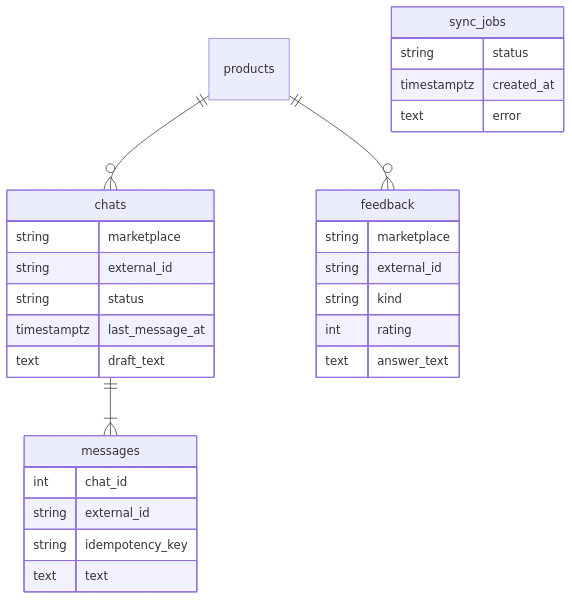
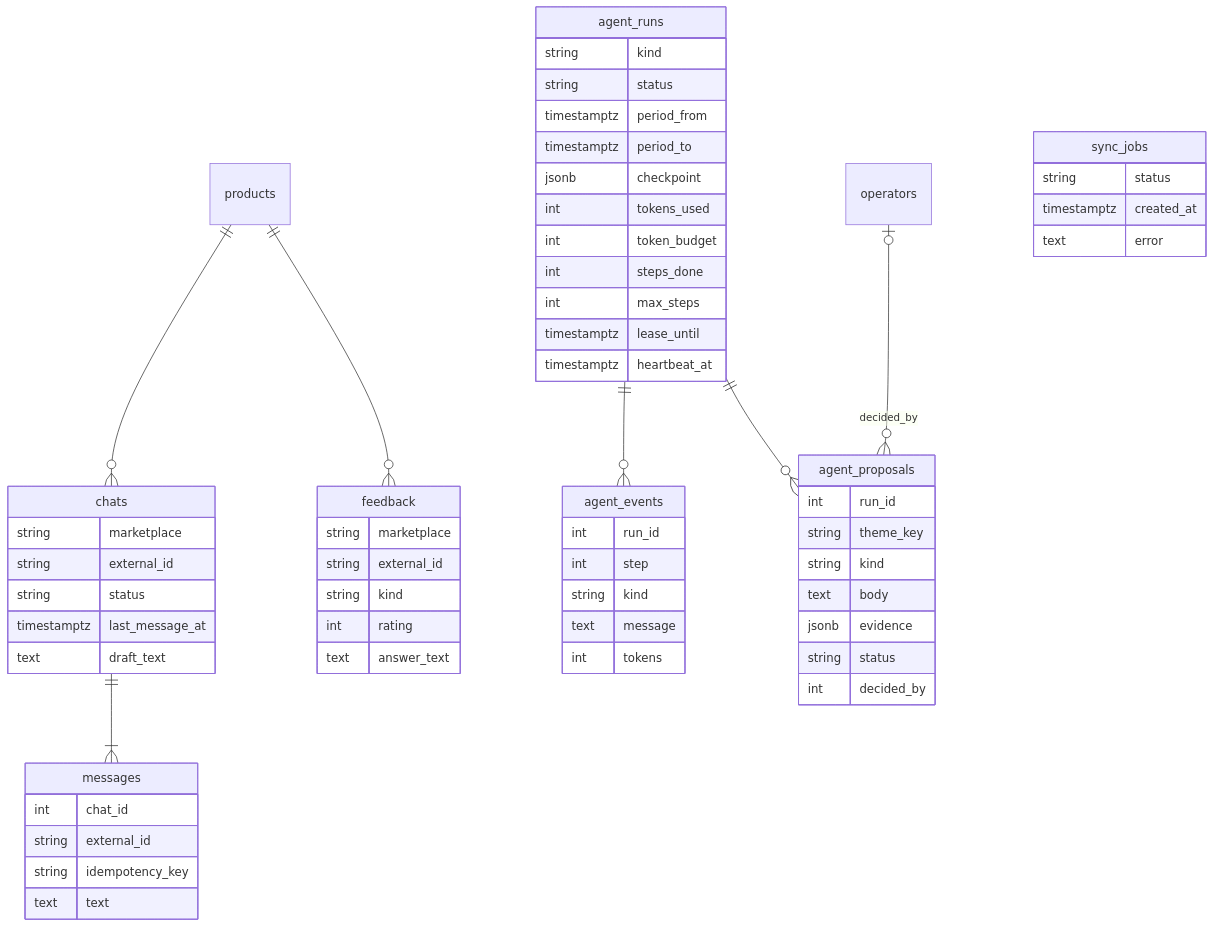
Before and after one commit to Georgy213123/sellerdesk: the diagram in docs/03-design/er.md, drawn with Mermaid. The commit also changed other lines of this file and 13 other files, not shown here.

````diff
--- a/docs/03-design/er.md
+++ b/docs/03-design/er.md
@@ -3,31 +3,63 @@
 ```mermaid
 erDiagram
     products ||--o{ chats : ""
     products ||--o{ feedback : ""
     chats ||--|{ messages : ""
     chats {
         string marketplace
         string external_id
         string status
         timestamptz last_message_at
         text draft_text
     }
     messages {
         int chat_id
         string external_id
         string idempotency_key
         text text
     }
     feedback {
         string marketplace
         string external_id
         string kind
         int rating
         text answer_text
     }
+    agent_runs ||--o{ agent_events : ""
+    agent_runs ||--o{ agent_proposals : ""
+    operators |o--o{ agent_proposals : "decided_by"
+    agent_runs {
+        string kind
+        string status
+        timestamptz period_from
+        timestamptz period_to
+        jsonb checkpoint
+        int tokens_used
+        int token_budget
+        int steps_done
+        int max_steps
+        timestamptz lease_until
+        timestamptz heartbeat_at
+    }
+    agent_events {
+        int run_id
+        int step
+        string kind
+        text message
+        int tokens
+    }
+    agent_proposals {
+        int run_id
+        string theme_key
+        string kind
+        text body
+        jsonb evidence
+        string status
+        int decided_by
+    }
     sync_jobs {
         string status
         timestamptz created_at
         text error
     }
 ```
````
